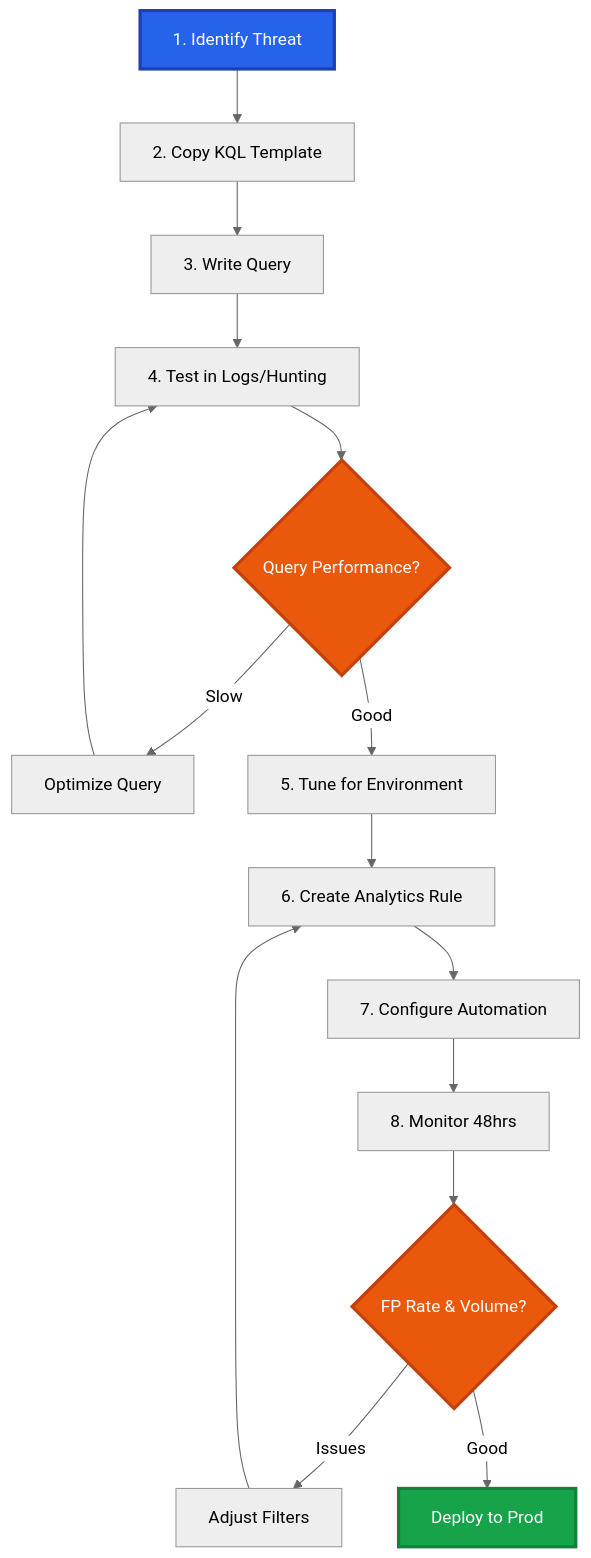
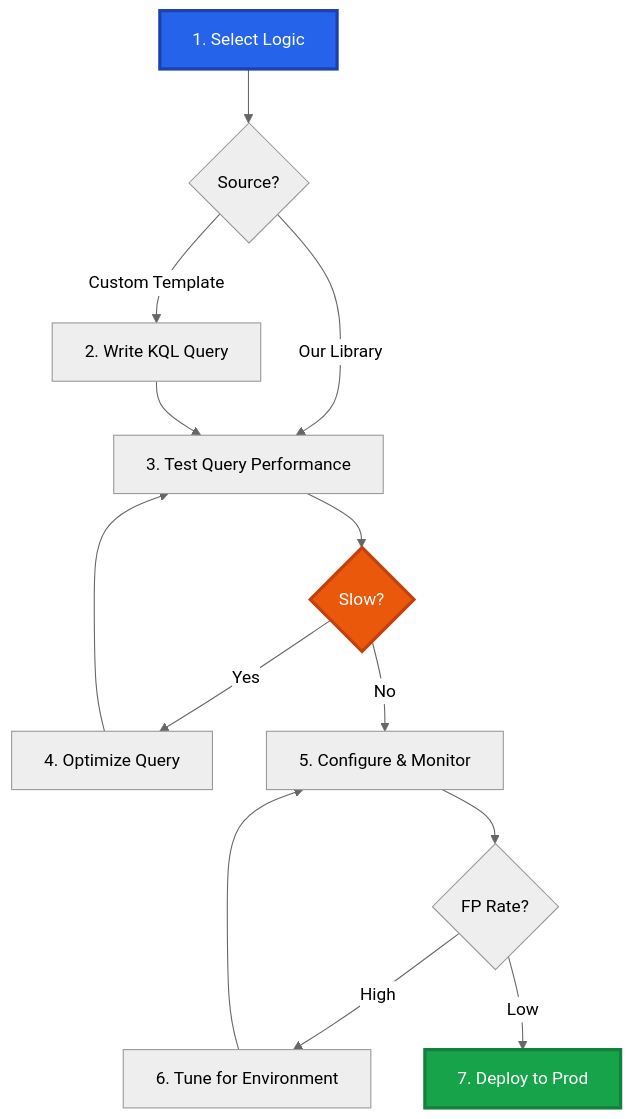
The diagram in README.md (PrototypePrime/Microsoft_Defender_KQL_Detection), drawn with Mermaid (neutral theme) before and after one commit. The commit also changed other lines of this file and 2 other files, not shown here.

Commit message:
Old Template remove

````diff
--- a/README.md
+++ b/README.md
@@ -166,22 +126,19 @@
 ```mermaid
 graph TD
-    A[1. Identify Threat] --> B[2. Copy KQL Template]
-    B --> C[3. Write Query]
-    C --> D[4. Test in Logs/Hunting]
-    D --> E{Query Performance?}
-    E -->|Slow| F[Optimize Query]
-    F --> D
-    E -->|Good| G[5. Tune for Environment]
-    G --> H[6. Create Analytics Rule]
-    H --> I[7. Configure Automation]
-    I --> J[8. Monitor 48hrs]
-    J --> K{FP Rate & Volume?}
-    K -->|Issues| L[Adjust Filters]
-    L --> H
-    K -->|Good| M[Deploy to Prod]
+    A[1. Select Logic] --> B{Source?}
+    B -->|Our Library| C[3. Test Query Performance]
+    B -->|Custom Template| D[2. Write KQL Query]
+    D --> C
+    C --> E{Slow?}
+    E -->|Yes| F[4. Optimize Query]
+    F --> C
+    E -->|No| G[5. Configure & Monitor]
+    G --> H{FP Rate?}
+    H -->|High| I[6. Tune for Environment]
+    I --> G
+    H -->|Low| J[7. Deploy to Prod]
     
     style A fill:#2563eb,color:#fff,stroke:#1e40af,stroke-width:3px
-    style M fill:#16a34a,color:#fff,stroke:#15803d,stroke-width:3px
+    style J fill:#16a34a,color:#fff,stroke:#15803d,stroke-width:3px
     style E fill:#ea580c,color:#fff,stroke:#c2410c,stroke-width:3px
-    style K fill:#ea580c,color:#fff,stroke:#c2410c,stroke-width:3px
 ```
````
